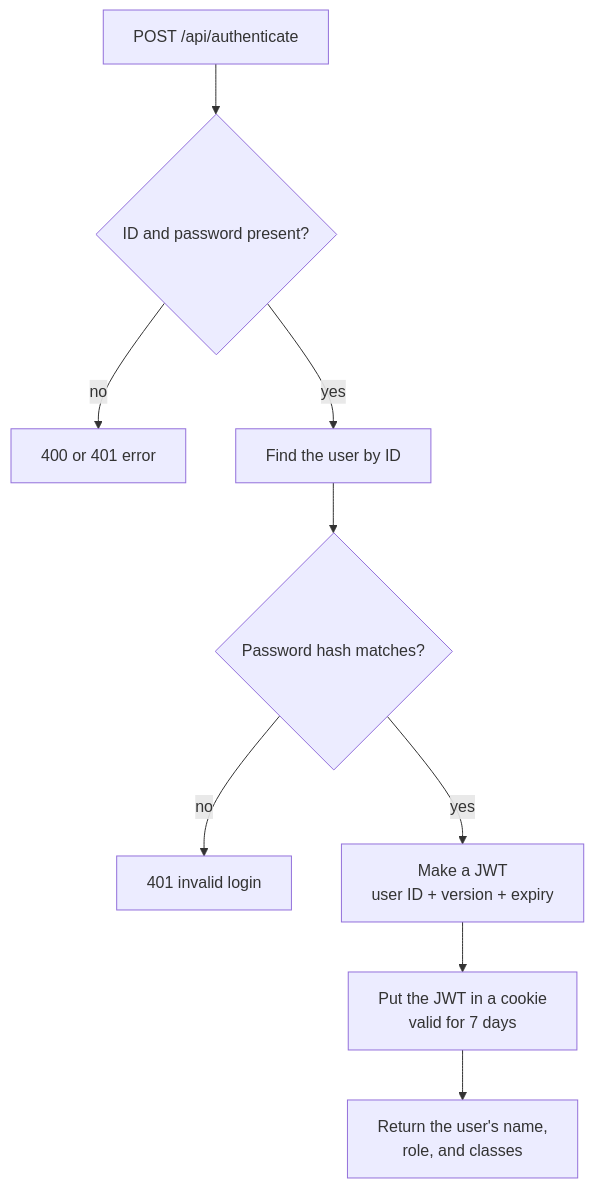
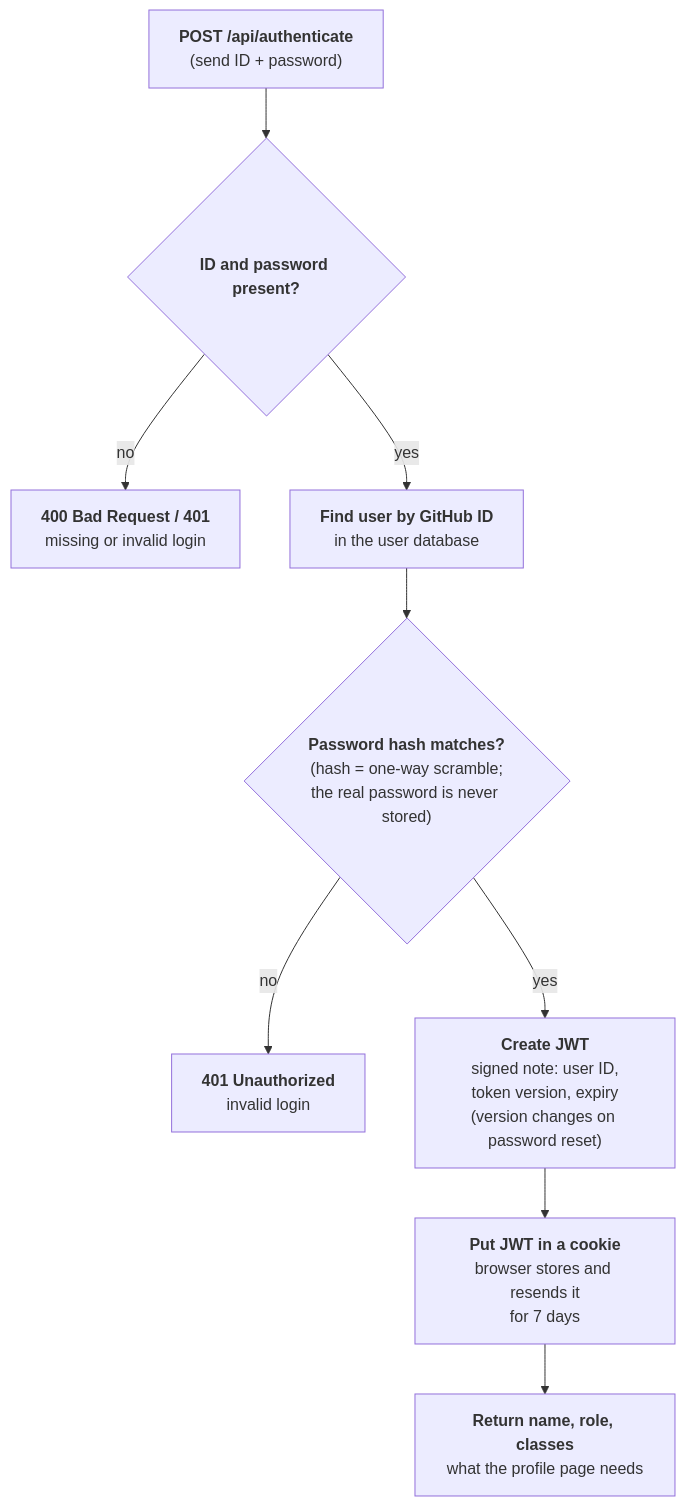
The third of 4 diagrams in _posts/2026-10-26-how-our-systems-work.md (CompSciWizards/rotary-frontend), drawn with Mermaid before and after one commit. The commit also changed other lines of this file, not shown here.

````diff
--- a/_posts/2026-10-26-how-our-systems-work.md
+++ b/_posts/2026-10-26-how-our-systems-work.md
@@ -91,11 +96,11 @@
 ```mermaid
 flowchart TD
-    A["POST /api/authenticate"] --> B{"ID and password present?"}
-    B -- "no" --> X["400 or 401 error"]
-    B -- "yes" --> C["Find the user by ID"]
-    C --> D{"Password hash matches?"}
-    D -- "no" --> Y["401 invalid login"]
-    D -- "yes" --> E["Make a JWT<br/>user ID + version + expiry"]
-    E --> F["Put the JWT in a cookie<br/>valid for 7 days"]
-    F --> G["Return the user's name,<br/>role, and classes"]
+    A["<b>POST /api/authenticate</b><br/>(send ID + password)"] --> B{"<b>ID and password present?</b>"}
+    B -- "no" --> X["<b>400 Bad Request / 401</b><br/>missing or invalid login"]
+    B -- "yes" --> C["<b>Find user by GitHub ID</b><br/>in the user database"]
+    C --> D{"<b>Password hash matches?</b><br/>(hash = one-way scramble;<br/>the real password is never stored)"}
+    D -- "no" --> Y["<b>401 Unauthorized</b><br/>invalid login"]
+    D -- "yes" --> E["<b>Create JWT</b><br/>signed note: user ID,<br/>token version, expiry<br/>(version changes on password reset)"]
+    E --> F["<b>Put JWT in a cookie</b><br/>browser stores and resends it<br/>for 7 days"]
+    F --> G["<b>Return name, role, classes</b><br/>what the profile page needs"]
 ```
````
